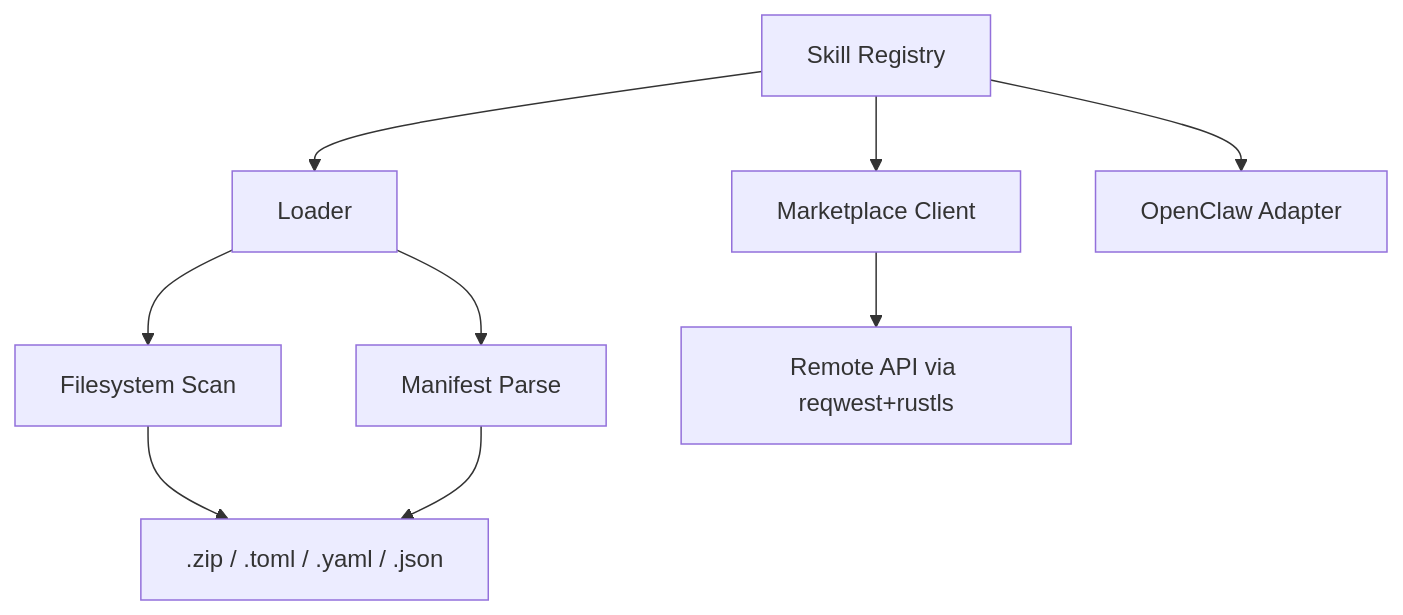
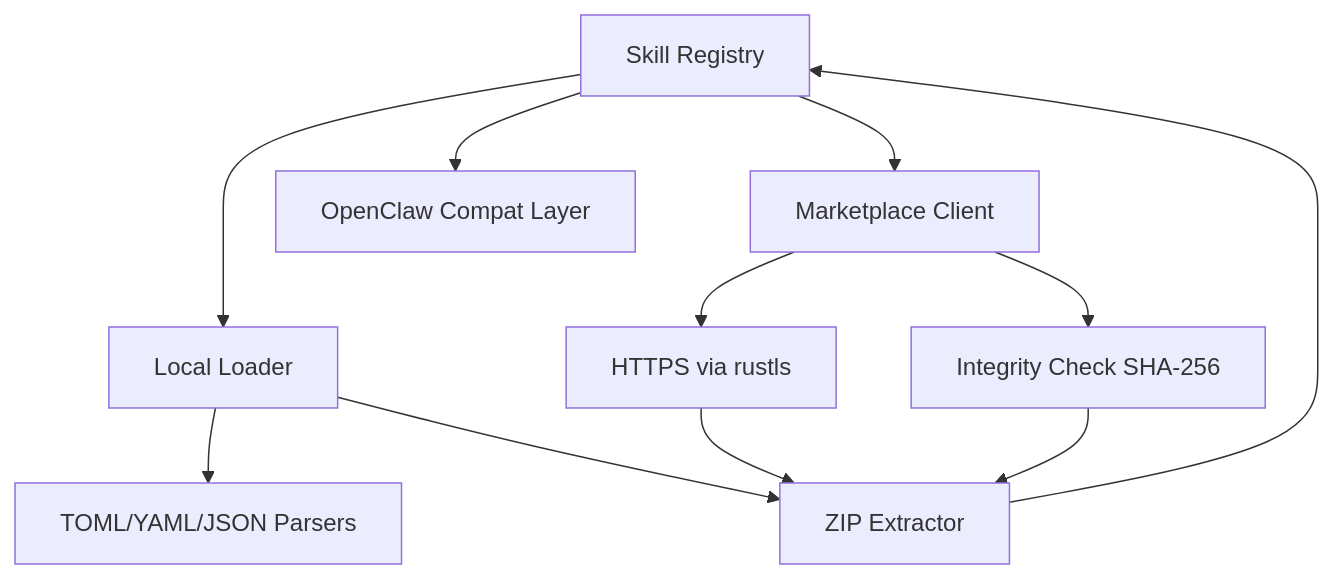
Before and after one commit to leszek3737/librefang-WIki: the diagram in other-librefang-skills.md, drawn with Mermaid. The commit also changed other lines of this file and 100 other files, not shown here.

````diff
--- a/other-librefang-skills.md
+++ b/other-librefang-skills.md
@@ -15,11 +13,13 @@
 ```mermaid
 graph TD
-    A[Skill Registry] --> B[Loader]
+    A[Skill Registry] --> B[Local Loader]
     A --> C[Marketplace Client]
-    B --> D[Filesystem Scan]
-    B --> E[Manifest Parse]
-    C --> F[Remote API via reqwest+rustls]
-    A --> G[OpenClaw Adapter]
-    D --> H[.zip / .toml / .yaml / .json]
-    E --> H
+    B --> D[ TOML/YAML/JSON Parsers ]
+    B --> E[ZIP Extractor]
+    C --> F[HTTPS via rustls]
+    C --> G[Integrity Check SHA-256]
+    E --> A
+    F --> E
+    G --> E
+    A --> H[OpenClaw Compat Layer]
 ```
````
